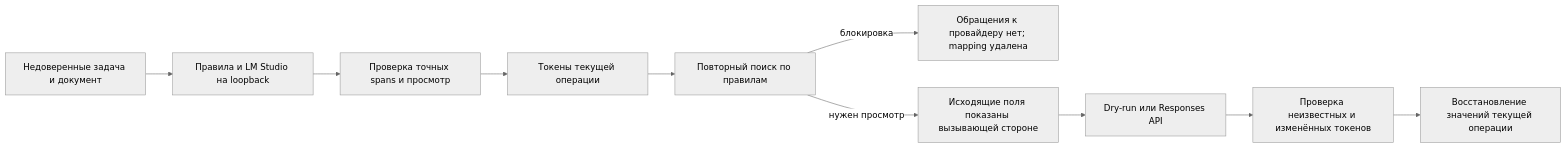
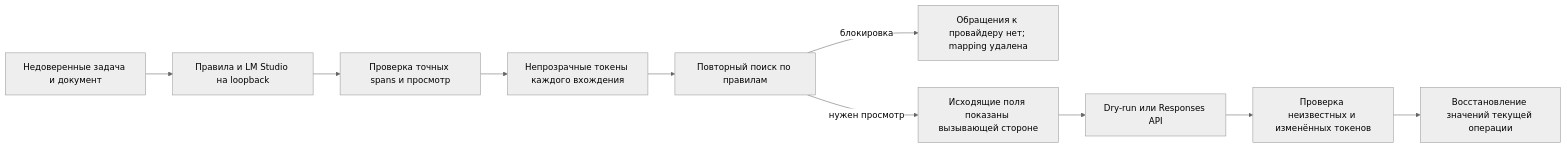
One commit to AI-Danil/pii-airlock changed the diagram in README.ru.md. Above: the diagram before and after it, drawn with Mermaid (neutral theme). The commit also changed other lines of this file and 51 other files, not shown here.

````diff
--- a/README.ru.md
+++ b/README.ru.md
@@ -13,12 +13,12 @@
 ```mermaid
 flowchart LR
     A["Недоверенные задача и документ"] --> B["Правила и LM Studio на loopback"]
     B --> C["Проверка точных spans и просмотр"]
-    C --> D["Токены текущей операции"]
+    C --> D["Непрозрачные токены каждого вхождения"]
     D --> E["Повторный поиск по правилам"]
     E -->|блокировка| X["Обращения к провайдеру нет; mapping удалена"]
     E -->|нужен просмотр| R["Исходящие поля показаны вызывающей стороне"]
     R --> F["Dry-run или Responses API"]
     F --> G["Проверка неизвестных и изменённых токенов"]
     G --> H["Восстановление значений текущей операции"]
 ```
````
